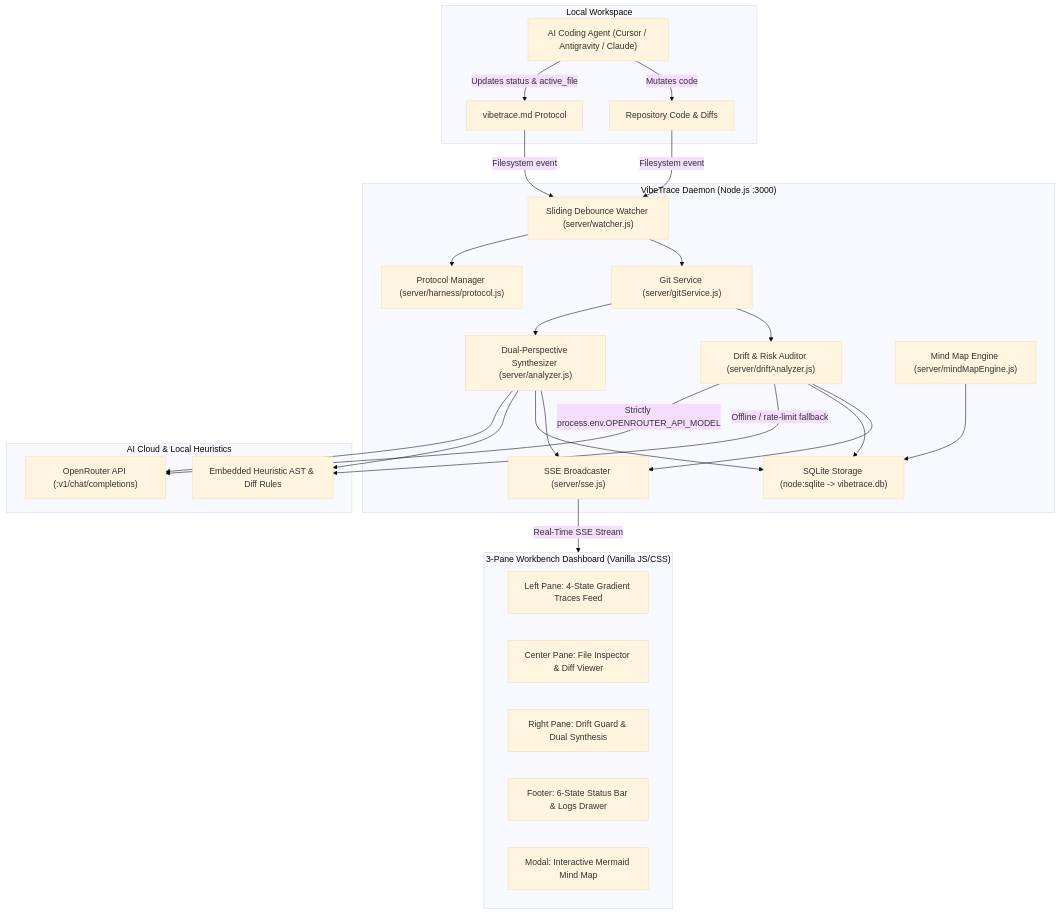
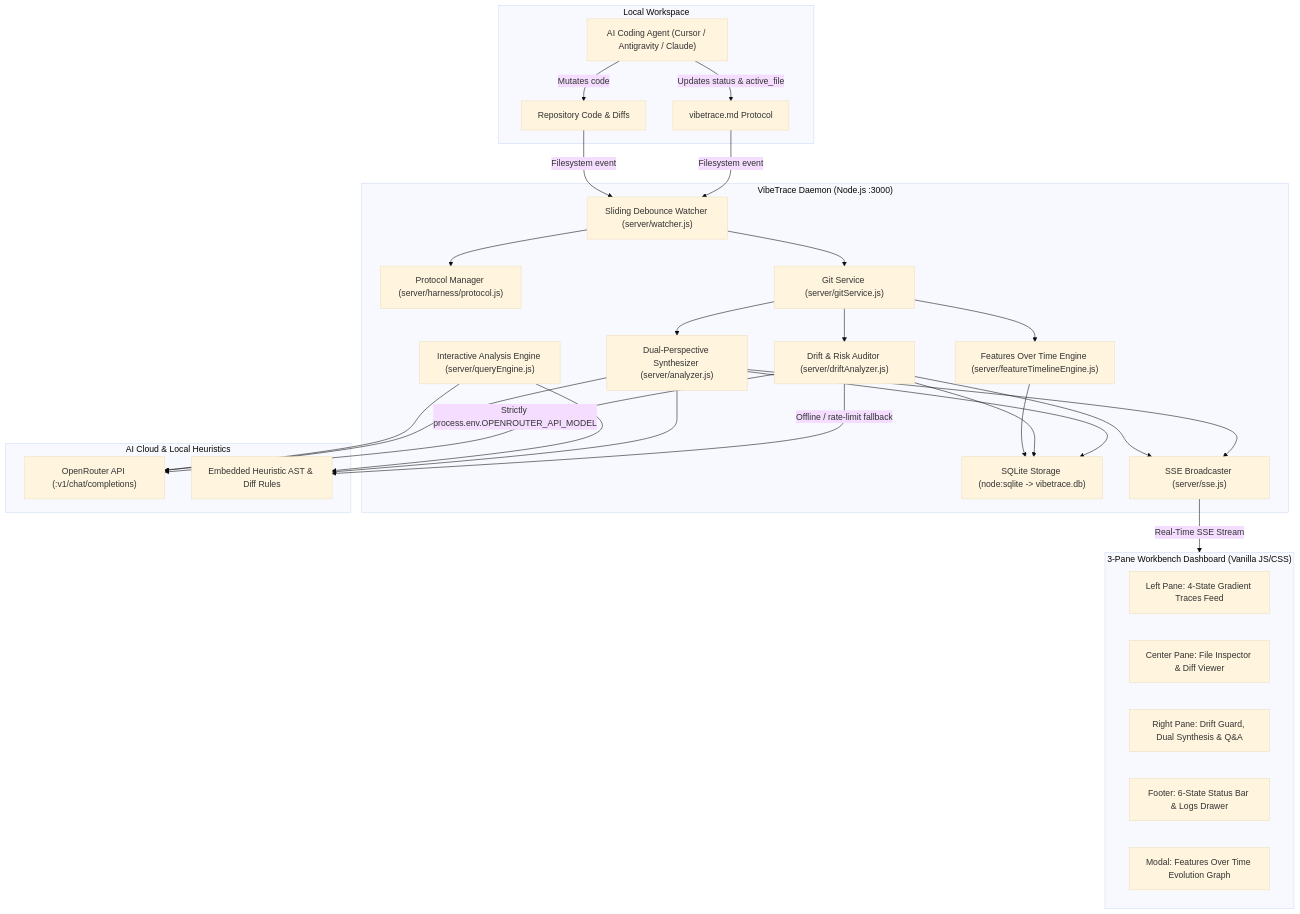
One commit to bilal-extroverted/Vibe-Trace changed the diagram in devpost/spec.md. Above: the diagram before and after it, drawn with Mermaid (base theme). The commit also changed other lines of this file and 5 other files, not shown here.

Commit message:
docs: update PRD, spec, scope, checklist, and README to reflect Features Over Time and Interactive Analysis engine

````diff
--- a/devpost/spec.md
+++ b/devpost/spec.md
@@ -16,51 +16,55 @@
 ```mermaid
 graph TD
     subgraph Workspace["Local Workspace"]
         Agent["AI Coding Agent (Cursor / Antigravity / Claude)"]
         ProtocolFile["vibetrace.md Protocol"]
         CodeFiles["Repository Code & Diffs"]
     end
 
     subgraph BackendDaemon["VibeTrace Daemon (Node.js :3000)"]
         Watcher["Sliding Debounce Watcher (server/watcher.js)"]
         ProtoMgr["Protocol Manager (server/harness/protocol.js)"]
         Git["Git Service (server/gitService.js)"]
         DriftGuard["Drift & Risk Auditor (server/driftAnalyzer.js)"]
         Analyzer["Dual-Perspective Synthesizer (server/analyzer.js)"]
-        MindMap["Mind Map Engine (server/mindMapEngine.js)"]
+        TimelineEngine["Features Over Time Engine (server/featureTimelineEngine.js)"]
+        QueryEngine["Interactive Analysis Engine (server/queryEngine.js)"]
         DB["SQLite Storage (node:sqlite -> vibetrace.db)"]
         SSE["SSE Broadcaster (server/sse.js)"]
     end
 
     subgraph External["AI Cloud & Local Heuristics"]
         OpenRouter["OpenRouter API (:v1/chat/completions)"]
         Heuristics["Embedded Heuristic AST & Diff Rules"]
     end
 
     subgraph Frontend["3-Pane Workbench Dashboard (Vanilla JS/CSS)"]
         Feed["Left Pane: 4-State Gradient Traces Feed"]
         DiffUI["Center Pane: File Inspector & Diff Viewer"]
-        IntelUI["Right Pane: Drift Guard & Dual Synthesis"]
+        IntelUI["Right Pane: Drift Guard, Dual Synthesis & Q&A"]
         FooterUI["Footer: 6-State Status Bar & Logs Drawer"]
-        MindMapUI["Modal: Interactive Mermaid Mind Map"]
+        TimelineUI["Modal: Features Over Time Evolution Graph"]
     end
 
     Agent -->|Updates status & active_file| ProtocolFile
     Agent -->|Mutates code| CodeFiles
     ProtocolFile -->|Filesystem event| Watcher
     CodeFiles -->|Filesystem event| Watcher
     Watcher --> ProtoMgr
     Watcher --> Git
     Git --> Analyzer
     Git --> DriftGuard
+    Git --> TimelineEngine
     DriftGuard -->|Strictly process.env.OPENROUTER_API_MODEL| OpenRouter
     DriftGuard -->|Offline / rate-limit fallback| Heuristics
     Analyzer --> OpenRouter
     Analyzer --> Heuristics
+    QueryEngine --> OpenRouter
+    QueryEngine --> Heuristics
     Analyzer --> DB
     DriftGuard --> DB
-    MindMap --> DB
+    TimelineEngine --> DB
     Analyzer --> SSE
     DriftGuard --> SSE
     SSE -->|Real-Time SSE Stream| Frontend
 ```
````
